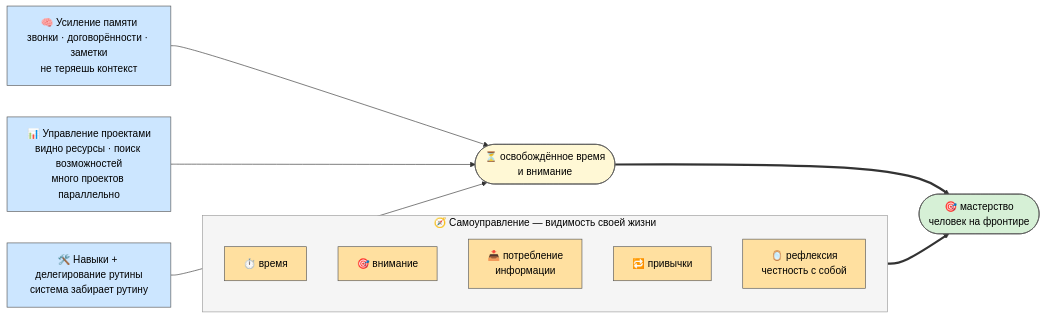
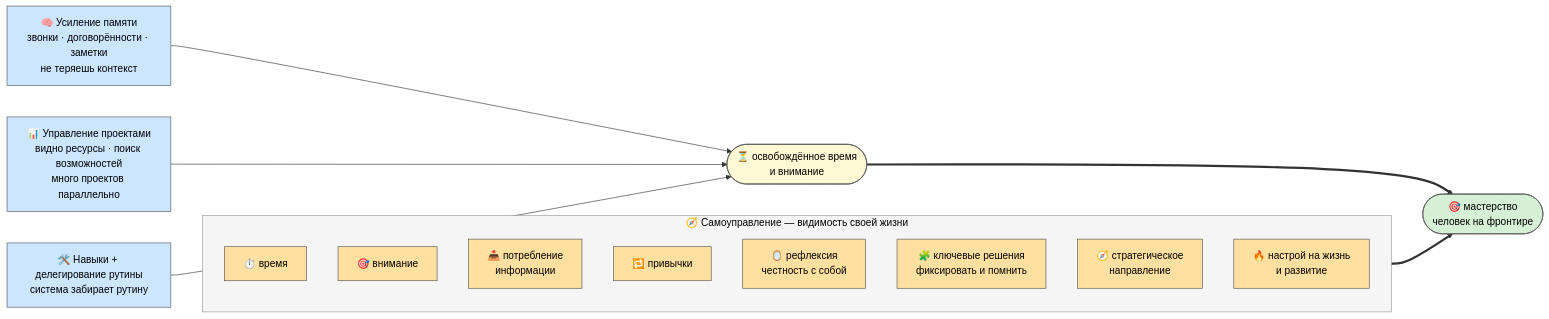
One commit to Bogersebekov/jetix-os changed the second of 2 diagrams in partner-package/P-1-jetix-overview.md. Above: the diagram before and after it, drawn with Mermaid. The commit also changed other lines of this file, not shown here.

Commit message:
[partner-package] P-1 extend — +ключевые решения (фиксировать/помнить) + стратегическое направление + настрой на жизнь/развитие (текст + mermaid S6/S7/S8)

````diff
--- a/partner-package/P-1-jetix-overview.md
+++ b/partner-package/P-1-jetix-overview.md
@@ -164,32 +171,38 @@
 ```mermaid
 %%{init: {'theme':'base','themeVariables':{'background':'#ffffff','mainBkg':'#eef2f7','primaryColor':'#eef2f7','primaryTextColor':'#000','primaryBorderColor':'#555','secondaryColor':'#f5f5f5','tertiaryColor':'#ffffff','textColor':'#000','lineColor':'#333','edgeLabelBackground':'#ffffff','noteBkgColor':'#fff8d5','noteTextColor':'#000','clusterBkg':'#f5f5f5','clusterBorder':'#999','titleColor':'#000'}}}%%
 graph LR
     classDef default fill:#eef2f7,stroke:#555,stroke-width:1px,color:#000;
     M1[🧠 Усиление памяти<br/>звонки · договорённости · заметки<br/>не теряешь контекст]
     M2[📊 Управление проектами<br/>видно ресурсы · поиск возможностей<br/>много проектов параллельно]
     M3[🛠️ Навыки + делегирование рутины<br/>система забирает рутину]
     subgraph SELF[🧭 Самоуправление — видимость своей жизни]
         S1[⏱️ время]
         S2[🎯 внимание]
         S3[📥 потребление<br/>информации]
         S4[🔁 привычки]
         S5[🪞 рефлексия<br/>честность с собой]
+        S6[🧩 ключевые решения<br/>фиксировать и помнить]
+        S7[🧭 стратегическое<br/>направление]
+        S8[🔥 настрой на жизнь<br/>и развитие]
     end
     FREE([⏳ освобождённое время<br/>и внимание])
     MASTER([🎯 мастерство<br/>человек на фронтире])
     M1 --> FREE
     M2 --> FREE
     M3 --> FREE
     SELF ==> MASTER
     FREE ==> MASTER
     style M1 fill:#cce6ff,color:#000
     style M2 fill:#cce6ff,color:#000
     style M3 fill:#cce6ff,color:#000
     style S1 fill:#ffe0a0,color:#000
     style S2 fill:#ffe0a0,color:#000
     style S3 fill:#ffe0a0,color:#000
     style S4 fill:#ffe0a0,color:#000
     style S5 fill:#ffe0a0,color:#000
+    style S6 fill:#ffe0a0,color:#000
+    style S7 fill:#ffe0a0,color:#000
+    style S8 fill:#ffe0a0,color:#000
     style FREE fill:#fff8d5,color:#000
     style MASTER fill:#d6f0d6,color:#000
 ```
````
